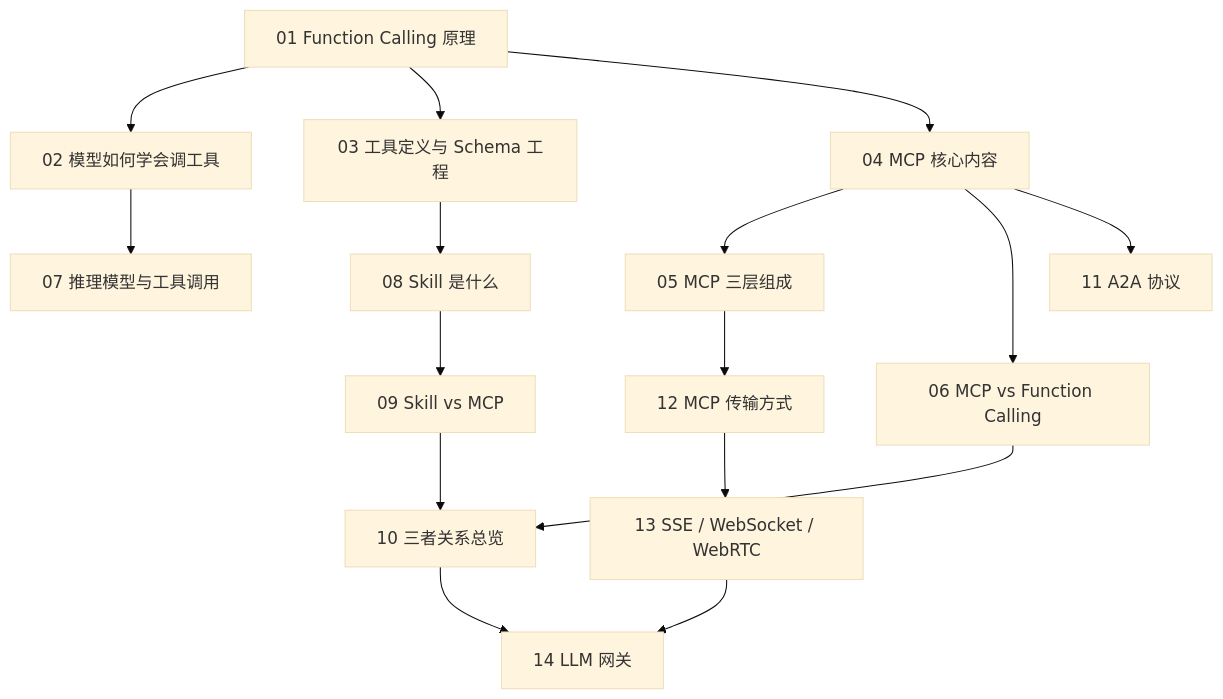
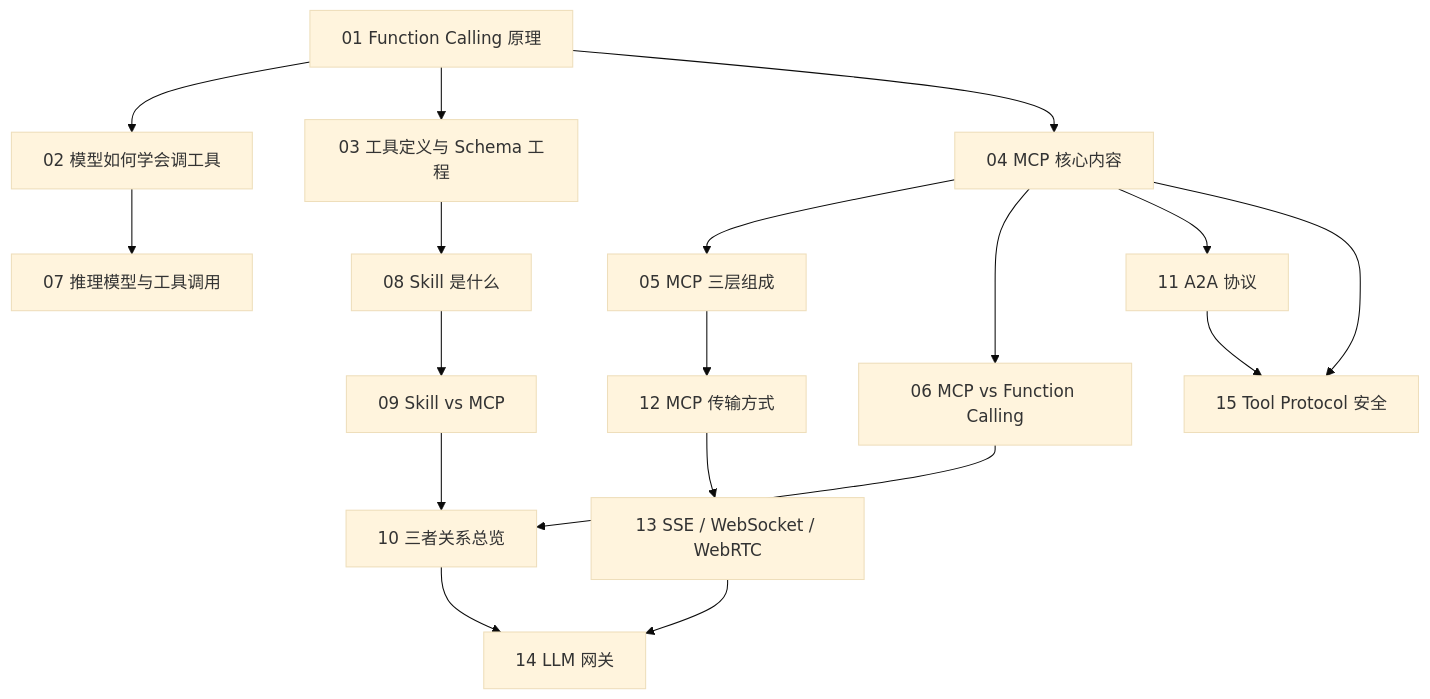
The diagram in docs/tools/README.md (oneleaveknowsthefall/awesome-ai-roadmap), drawn with Mermaid (base theme) before and after one commit. The commit also changed other lines of this file and 77 other files, not shown here.

Commit message:
docs: audit and modernize the AI roadmap

````diff
--- a/docs/tools/README.md
+++ b/docs/tools/README.md
@@ -26,22 +27,24 @@
 ```mermaid
 flowchart TB
     T1["01 Function Calling 原理"] --> T2["02 模型如何学会调工具"]
     T1 --> T3["03 工具定义与 Schema 工程"]
 
     T1 --> T4["04 MCP 核心内容"]
     T4 --> T5["05 MCP 三层组成"]
     T4 --> T6["06 MCP vs Function Calling"]
     T2 --> T7["07 推理模型与工具调用"]
 
     T3 --> T8["08 Skill 是什么"]
     T8 --> T9["09 Skill vs MCP"]
     T6 --> T10["10 三者关系总览"]
     T9 --> T10
 
     T4 --> T11["11 A2A 协议"]
     T5 --> T12["12 MCP 传输方式"]
     T12 --> T13["13 SSE / WebSocket / WebRTC"]
 
     T10 --> T14["14 LLM 网关"]
     T13 --> T14
+    T4 --> T15["15 Tool Protocol 安全"]
+    T11 --> T15
 ```
````
